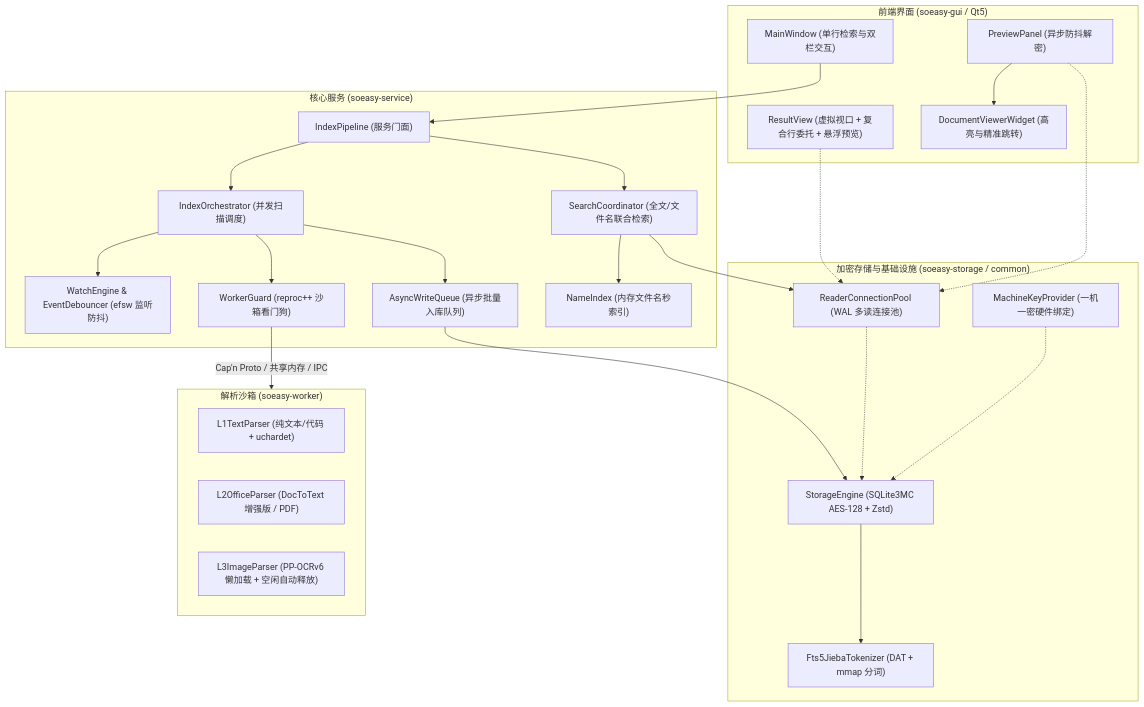
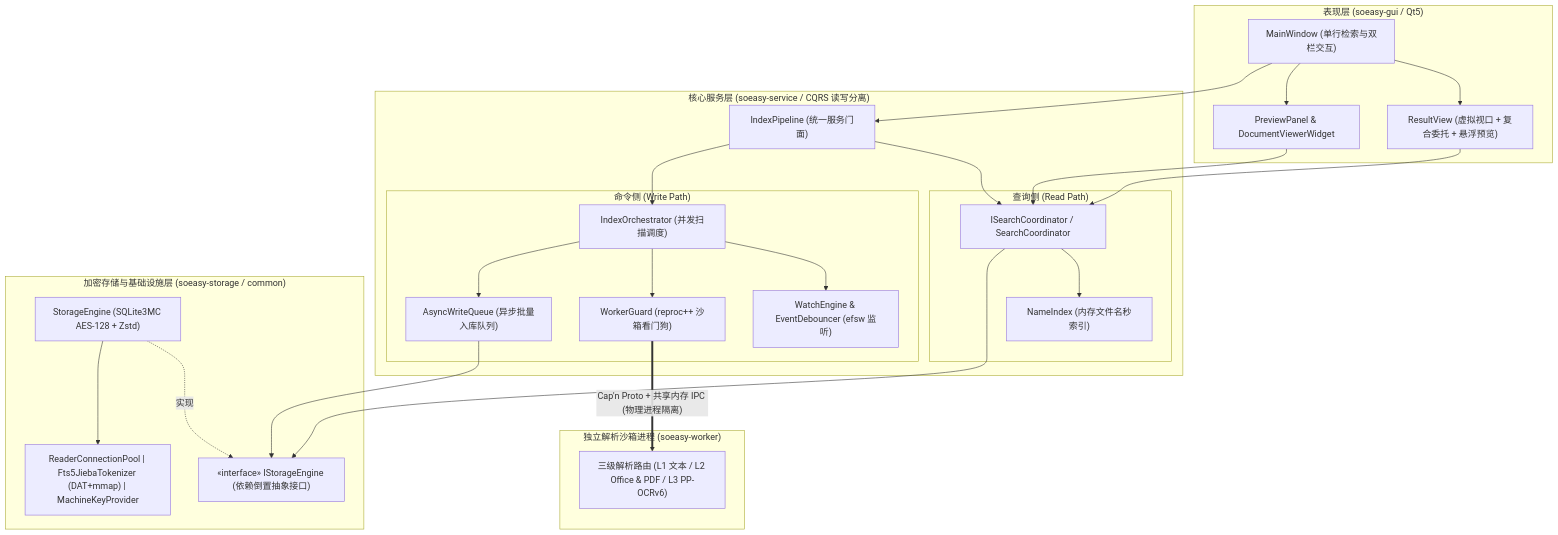
One commit to lilucpp/soeasy changed the diagram in README_zh.md. Above: the diagram before and after it, drawn with Mermaid. The commit also changed 46 other files, not shown here.

First line of the commit message:
refactor(arch): consolidate CQRS boundaries, NVI contracts, and async GUI decoupling

````diff
--- a/README_zh.md
+++ b/README_zh.md
@@ -35,49 +35,52 @@
 ```mermaid
 flowchart TD
-    subgraph UI ["前端界面 (soeasy-gui / Qt5)"]
+    subgraph UI ["表现层 (soeasy-gui / Qt5)"]
         MainWindow["MainWindow (单行检索与双栏交互)"]
-        ResultView["ResultView (虚拟视口 + 复合行委托 + 悬浮预览)"]
-        PreviewPanel["PreviewPanel (异步防抖解密)"]
-        DocViewer["DocumentViewerWidget (高亮与精准跳转)"]
+        ResultView["ResultView (虚拟视口 + 复合委托 + 悬浮预览)"]
+        PreviewPanel["PreviewPanel & DocumentViewerWidget"]
+        MainWindow --> ResultView
+        MainWindow --> PreviewPanel
     end
 
-    subgraph Core ["核心服务 (soeasy-service)"]
-        IndexPipeline["IndexPipeline (服务门面)"]
-        Orchestrator["IndexOrchestrator (并发扫描调度)"]
-        SearchCoord["SearchCoordinator (全文/文件名联合检索)"]
-        NameIndex["NameIndex (内存文件名秒索引)"]
-        WriteQueue["AsyncWriteQueue (异步批量入库队列)"]
-        WatchEngine["WatchEngine & EventDebouncer (efsw 监听防抖)"]
-        WorkerGuard["WorkerGuard (reproc++ 沙箱看门狗)"]
+    subgraph Core ["核心服务层 (soeasy-service / CQRS 读写分离)"]
+        IndexPipeline["IndexPipeline (统一服务门面)"]
+
+        subgraph QuerySide ["查询侧 (Read Path)"]
+            SearchCoord["ISearchCoordinator / SearchCoordinator"]
+            NameIndex["NameIndex (内存文件名秒索引)"]
+            SearchCoord --> NameIndex
+        end
+
+        subgraph CommandSide ["命令侧 (Write Path)"]
+            Orchestrator["IndexOrchestrator (并发扫描调度)"]
+            WatchEngine["WatchEngine & EventDebouncer (efsw 监听)"]
+            WorkerGuard["WorkerGuard (reproc++ 沙箱看门狗)"]
+            WriteQueue["AsyncWriteQueue (异步批量入库队列)"]
+            Orchestrator --> WatchEngine
+            Orchestrator --> WorkerGuard
+            Orchestrator --> WriteQueue
+        end
+
+        IndexPipeline --> SearchCoord
+        IndexPipeline --> Orchestrator
     end
 
-    subgraph Sandbox ["解析沙箱 (soeasy-worker)"]
-        L1["L1TextParser (纯文本/代码 + uchardet)"]
-        L2["L2OfficeParser (DocToText 增强版 / PDF)"]
-        L3["L3ImageParser (PP-OCRv6 懒加载 + 空闲自动释放)"]
+    subgraph Sandbox ["独立解析沙箱进程 (soeasy-worker)"]
+        ParserRouter["三级解析路由 (L1 文本 / L2 Office & PDF / L3 PP-OCRv6)"]
     end
 
-    subgraph Storage ["加密存储与基础设施 (soeasy-storage / common)"]
+    subgraph Storage ["加密存储与基础设施层 (soeasy-storage / common)"]
+        IStorage["«interface» IStorageEngine (依赖倒置抽象接口)"]
         StorageEngine["StorageEngine (SQLite3MC AES-128 + Zstd)"]
-        ReaderPool["ReaderConnectionPool (WAL 多读连接池)"]
-        FTS5["Fts5JiebaTokenizer (DAT + mmap 分词)"]
-        MachineKey["MachineKeyProvider (一机一密硬件绑定)"]
+        Subsystems["ReaderConnectionPool | Fts5JiebaTokenizer (DAT+mmap) | MachineKeyProvider"]
+        StorageEngine -.->|"实现"| IStorage
+        StorageEngine --> Subsystems
     end
 
     MainWindow --> IndexPipeline
-    PreviewPanel --> DocViewer
-    IndexPipeline --> Orchestrator
-    IndexPipeline --> SearchCoord
-    Orchestrator --> WatchEngine
-    Orchestrator --> WorkerGuard
-    Orchestrator --> WriteQueue
-    SearchCoord --> NameIndex
-    SearchCoord --> ReaderPool
-    WorkerGuard -- "Cap'n Proto / 共享内存 / IPC" --> Sandbox
-    MachineKey -.-> StorageEngine
-    WriteQueue --> StorageEngine
-    StorageEngine --> FTS5
-    ReaderPool -.-> StorageEngine
-    ResultView -.-> ReaderPool
-    PreviewPanel -.-> ReaderPool
+    ResultView --> SearchCoord
+    PreviewPanel --> SearchCoord
+    SearchCoord --> IStorage
+    WriteQueue --> IStorage
+    WorkerGuard ==>|"Cap'n Proto + 共享内存 IPC (物理进程隔离)"| ParserRouter
 ```
````
